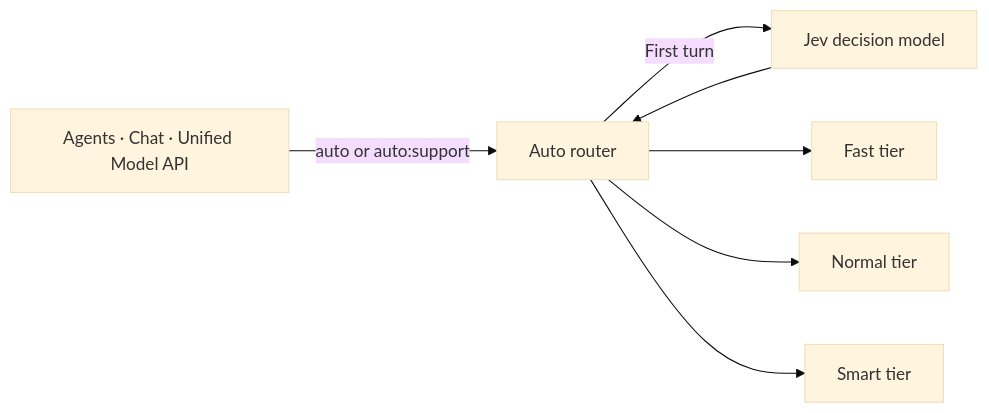
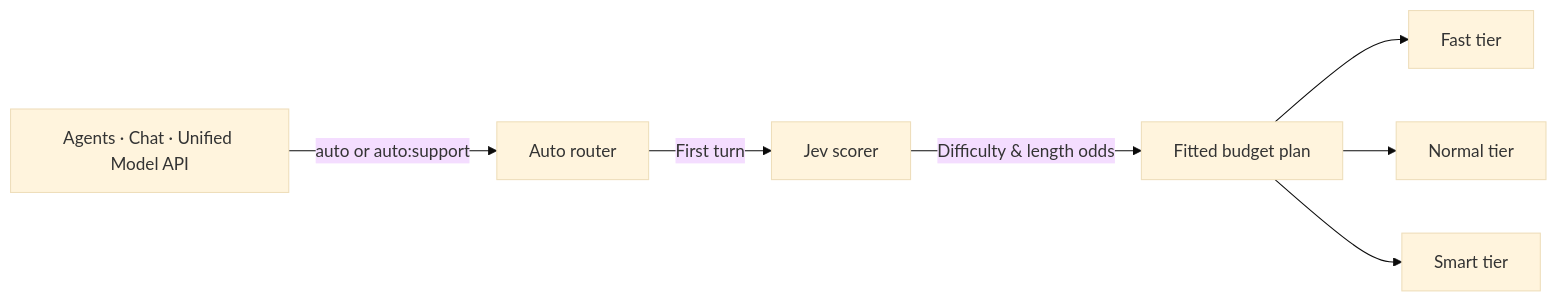
The diagram in docs/pages/llm-proxy/auto-routing.md (archestra-ai/archestra), drawn with Mermaid (base theme) before and after one commit. The commit also changed other lines of this file, not shown here.

Commit message:
docs(llm-proxy): explain how auto routing chooses a model

````diff
--- a/docs/pages/llm-proxy/auto-routing.md
+++ b/docs/pages/llm-proxy/auto-routing.md
@@ -13,11 +13,12 @@
 ```mermaid
 flowchart LR
     Client["Agents · Chat · Unified Model API"] -->|"auto or auto:support"| Router["Auto router"]
-    Router -->|"First turn"| Jev["Jev decision model"]
-    Jev --> Router
-    Router --> Fast["Fast tier"]
-    Router --> Normal["Normal tier"]
-    Router --> Smart["Smart tier"]
+    Router -->|"First turn"| Jev["Jev scorer"]
+    Jev -->|"Difficulty & length odds"| Plan["Fitted budget plan"]
+    Plan --> Fast["Fast tier"]
+    Plan --> Normal["Normal tier"]
+    Plan --> Smart["Smart tier"]
     class Router accent
+    class Plan accent
     class Jev external
 ```
````
